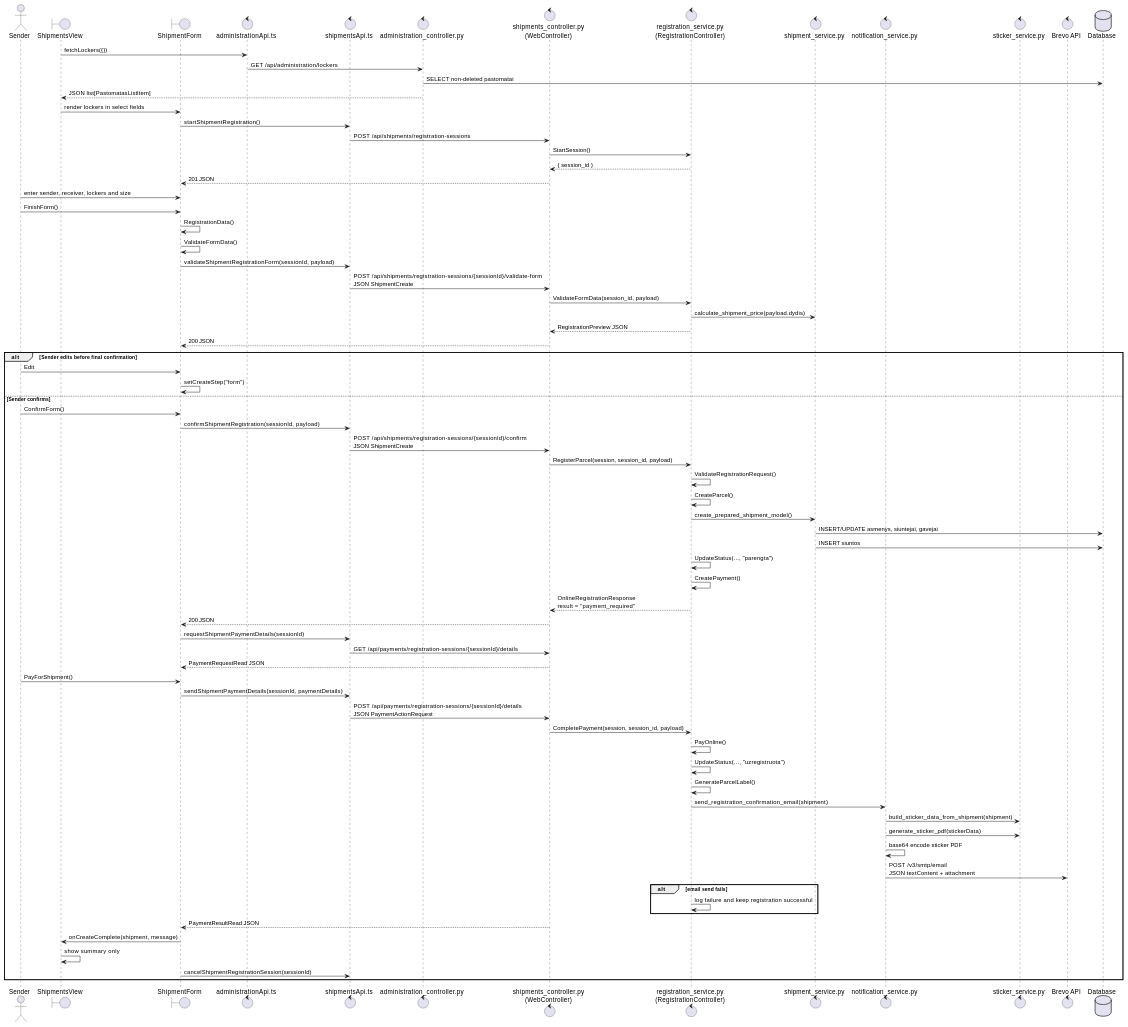
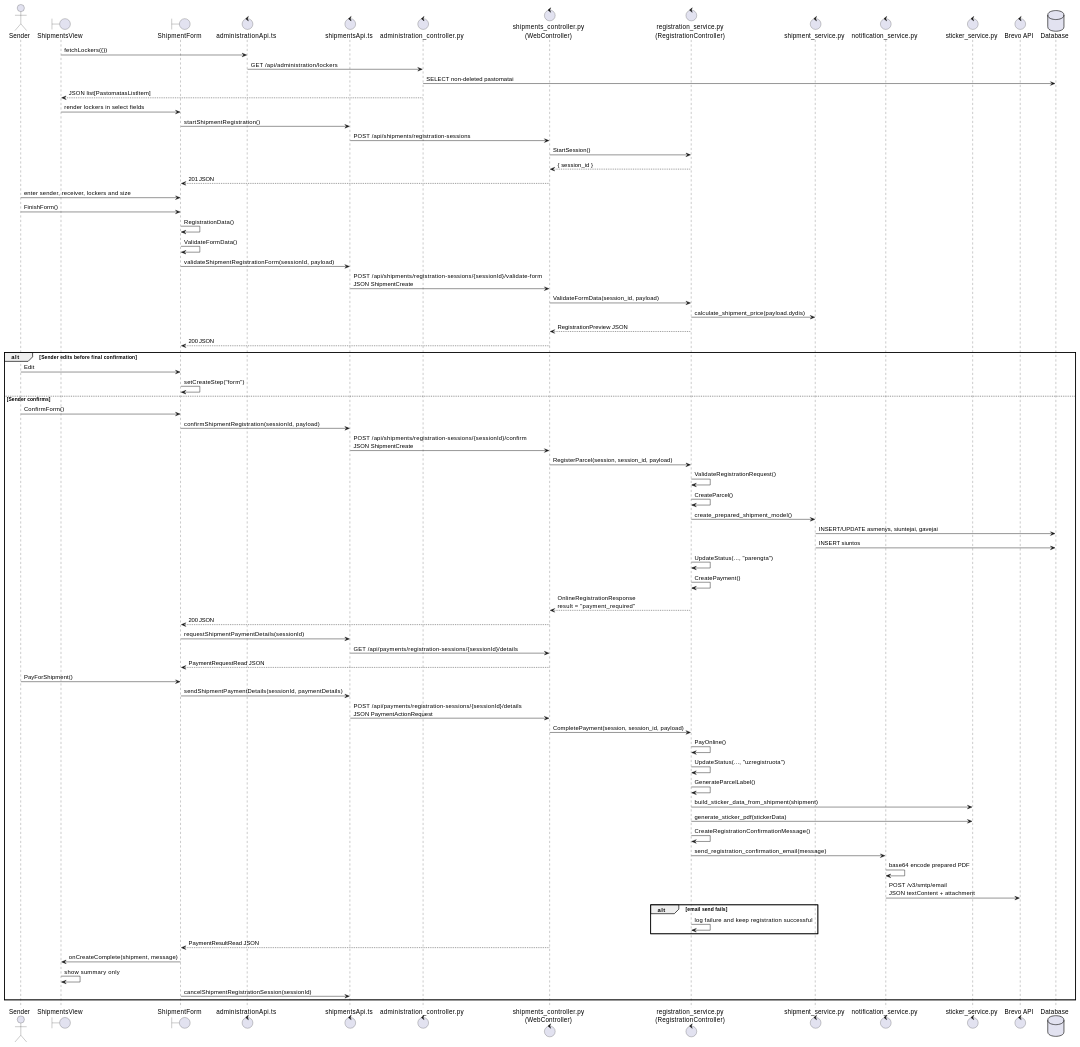
Before and after one commit to JuozasPetryla/pastomaitai: the first of 3 diagrams in docs/architecture/shipment-registration-sequences.md, drawn with PlantUML. The commit also changed 2 other files, not shown here.

Commit message:
fixas pranesimu

````diff
--- a/docs/architecture/shipment-registration-sequences.md
+++ b/docs/architecture/shipment-registration-sequences.md
@@ -9,81 +9,82 @@
 ```plantuml
 @startuml
 actor Sender
 boundary "ShipmentsView" as ShipmentsView
 boundary "ShipmentForm" as ShipmentForm
 control "administrationApi.ts" as AdministrationApi
 control "shipmentsApi.ts" as ShipmentsApi
 control "administration_controller.py" as AdministrationController
 control "shipments_controller.py\n(WebController)" as WebController
 control "registration_service.py\n(RegistrationController)" as RegistrationController
 control "shipment_service.py" as ShipmentService
 control "notification_service.py" as NotificationService
 control "sticker_service.py" as StickerService
 control "Brevo API" as Brevo
 database "Database" as Database
 
 ShipmentsView -> AdministrationApi : fetchLockers({})
 AdministrationApi -> AdministrationController : GET /api/administration/lockers
 AdministrationController -> Database : SELECT non-deleted pastomatai
 AdministrationController --> ShipmentsView : JSON list[PastomatasListItem]
 ShipmentsView -> ShipmentForm : render lockers in select fields
 
 ShipmentForm -> ShipmentsApi : startShipmentRegistration()
 ShipmentsApi -> WebController : POST /api/shipments/registration-sessions
 WebController -> RegistrationController : StartSession()
 RegistrationController --> WebController : { session_id }
 WebController --> ShipmentForm : 201 JSON
 
 Sender -> ShipmentForm : enter sender, receiver, lockers and size
 Sender -> ShipmentForm : FinishForm()
 ShipmentForm -> ShipmentForm : RegistrationData()
 ShipmentForm -> ShipmentForm : ValidateFormData()
 ShipmentForm -> ShipmentsApi : validateShipmentRegistrationForm(sessionId, payload)
 ShipmentsApi -> WebController : POST /api/shipments/registration-sessions/{sessionId}/validate-form\nJSON ShipmentCreate
 WebController -> RegistrationController : ValidateFormData(session_id, payload)
 RegistrationController -> ShipmentService : calculate_shipment_price(payload.dydis)
 RegistrationController --> WebController : RegistrationPreview JSON
 WebController --> ShipmentForm : 200 JSON
 
 alt Sender edits before final confirmation
   Sender -> ShipmentForm : Edit
   ShipmentForm -> ShipmentForm : setCreateStep("form")
 else Sender confirms
   Sender -> ShipmentForm : ConfirmForm()
   ShipmentForm -> ShipmentsApi : confirmShipmentRegistration(sessionId, payload)
   ShipmentsApi -> WebController : POST /api/shipments/registration-sessions/{sessionId}/confirm\nJSON ShipmentCreate
   WebController -> RegistrationController : RegisterParcel(session, session_id, payload)
   RegistrationController -> RegistrationController : ValidateRegistrationRequest()
   RegistrationController -> RegistrationController : CreateParcel()
   RegistrationController -> ShipmentService : create_prepared_shipment_model()
   ShipmentService -> Database : INSERT/UPDATE asmenys, siuntejai, gavejai
   ShipmentService -> Database : INSERT siuntos
   RegistrationController -> RegistrationController : UpdateStatus(..., "parengta")
   RegistrationController -> RegistrationController : CreatePayment()
   RegistrationController --> WebController : OnlineRegistrationResponse\nresult = "payment_required"
   WebController --> ShipmentForm : 200 JSON
   ShipmentForm -> ShipmentsApi : requestShipmentPaymentDetails(sessionId)
   ShipmentsApi -> WebController : GET /api/payments/registration-sessions/{sessionId}/details
   WebController --> ShipmentForm : PaymentRequestRead JSON
   Sender -> ShipmentForm : PayForShipment()
   ShipmentForm -> ShipmentsApi : sendShipmentPaymentDetails(sessionId, paymentDetails)
   ShipmentsApi -> WebController : POST /api/payments/registration-sessions/{sessionId}/details\nJSON PaymentActionRequest
   WebController -> RegistrationController : CompletePayment(session, session_id, payload)
   RegistrationController -> RegistrationController : PayOnline()
   RegistrationController -> RegistrationController : UpdateStatus(..., "uzregistruota")
   RegistrationController -> RegistrationController : GenerateParcelLabel()
-  RegistrationController -> NotificationService : send_registration_confirmation_email(shipment)
-  NotificationService -> StickerService : build_sticker_data_from_shipment(shipment)
-  NotificationService -> StickerService : generate_sticker_pdf(stickerData)
-  NotificationService -> NotificationService : base64 encode sticker PDF
+  RegistrationController -> StickerService : build_sticker_data_from_shipment(shipment)
+  RegistrationController -> StickerService : generate_sticker_pdf(stickerData)
+  RegistrationController -> RegistrationController : CreateRegistrationConfirmationMessage()
+  RegistrationController -> NotificationService : send_registration_confirmation_email(message)
+  NotificationService -> NotificationService : base64 encode prepared PDF
   NotificationService -> Brevo : POST /v3/smtp/email\nJSON textContent + attachment
   alt email send fails
     RegistrationController -> RegistrationController : log failure and keep registration successful
   end
   WebController --> ShipmentForm : PaymentResultRead JSON
   ShipmentForm -> ShipmentsView : onCreateComplete(shipment, message)
   ShipmentsView -> ShipmentsView : show summary only
   ShipmentForm -> ShipmentsApi : cancelShipmentRegistrationSession(sessionId)
 end
 @enduml
 ```
````
